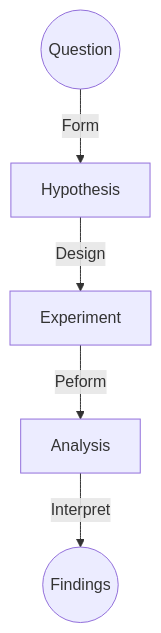
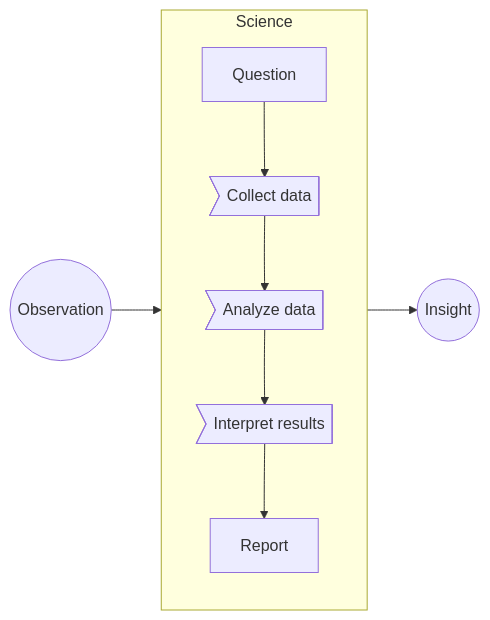
The first of 3 diagrams in slides/day-03.qmd (lin-380-s24/lin-380-s24.github.io), drawn with Mermaid before and after one commit. The commit also changed other lines of this file and 22 other files, not shown here.

````diff
--- a/slides/day-03.qmd
+++ b/slides/day-03.qmd
@@ -29,13 +55,14 @@
 ```{mermaid}
 %%| echo: false
-%%| fig-width: 8
-%%| fig-align: left
+%%| fig-align: center
 
-%% Question > Hypothesis > Experiment > Analysis > Conclusion
-
-flowchart TB
-  A((Question)) --> |Form| B[Hypothesis]
-  B -->|Design| C[Experiment]
-  C -->|Peform| D[Analysis]
-  D -->|Interpret| E((Findings))
+flowchart LR
+  subgraph Science
+    direction TB
+    B[Question] --> C>Collect data]
+    C --> D>Analyze data]
+    D --> E>Interpret results]
+    E --> F[Report]
+  end
+  A((Observation)) --> Science --> G((Insight))
 ```
````
